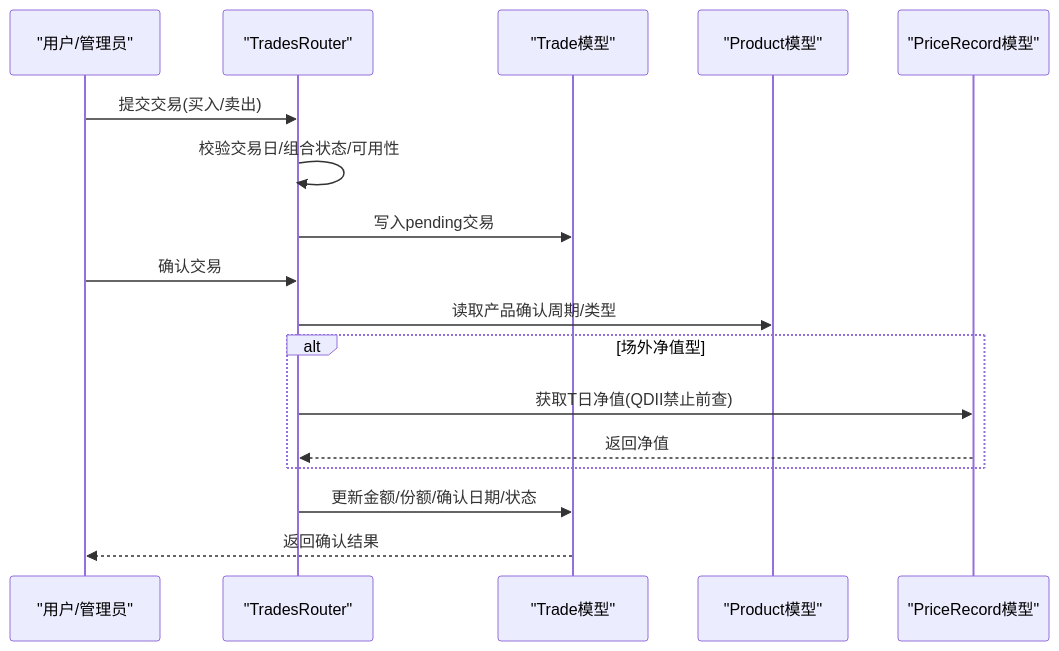
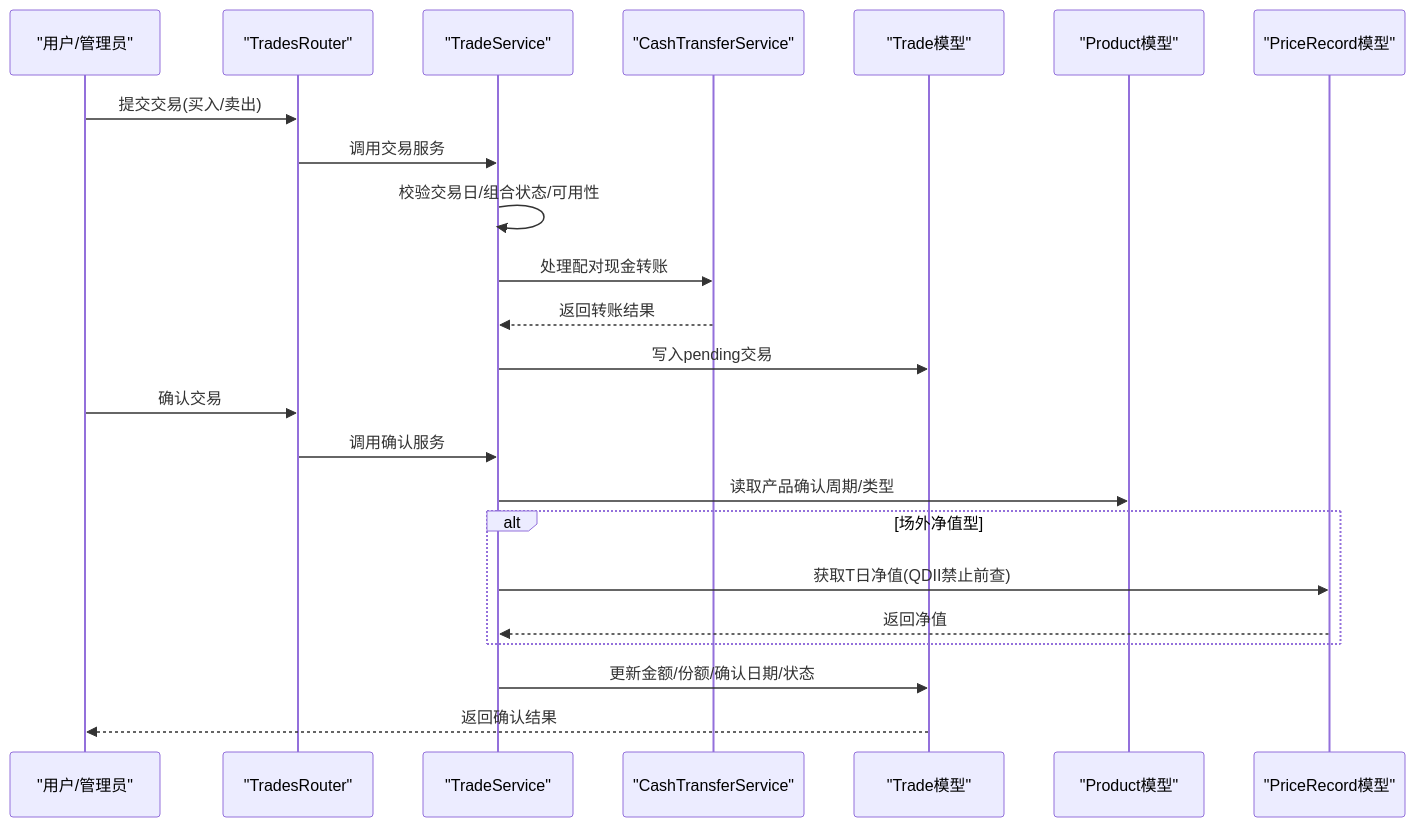
The ninth of 15 diagrams in .qoder/repowiki/zh/content/核心业务功能/核心业务功能.md (gujialind/InvestRing), drawn with Mermaid before and after one commit. The commit also changed other lines of this file and 64 other files, not shown here.

````diff
--- a/.qoder/repowiki/zh/content/核心业务功能/核心业务功能.md
+++ b/.qoder/repowiki/zh/content/核心业务功能/核心业务功能.md
@@ -296,19 +628,25 @@
 ```mermaid
 sequenceDiagram
 participant U as "用户/管理员"
 participant R as "TradesRouter"
+participant TS as "TradeService"
+participant CS as "CashTransferService"
 participant T as "Trade模型"
 participant P as "Product模型"
 participant PR as "PriceRecord模型"
 U->>R : 提交交易(买入/卖出)
-R->>R : 校验交易日/组合状态/可用性
-R->>T : 写入pending交易
+R->>TS : 调用交易服务
+TS->>TS : 校验交易日/组合状态/可用性
+TS->>CS : 处理配对现金转账
+CS-->>TS : 返回转账结果
+TS->>T : 写入pending交易
 U->>R : 确认交易
-R->>P : 读取产品确认周期/类型
+R->>TS : 调用确认服务
+TS->>P : 读取产品确认周期/类型
 alt 场外净值型
-R->>PR : 获取T日净值(QDII禁止前查)
-PR-->>R : 返回净值
+TS->>PR : 获取T日净值(QDII禁止前查)
+PR-->>TS : 返回净值
 end
-R->>T : 更新金额/份额/确认日期/状态
+TS->>T : 更新金额/份额/确认日期/状态
 T-->>U : 返回确认结果
 ```
````
